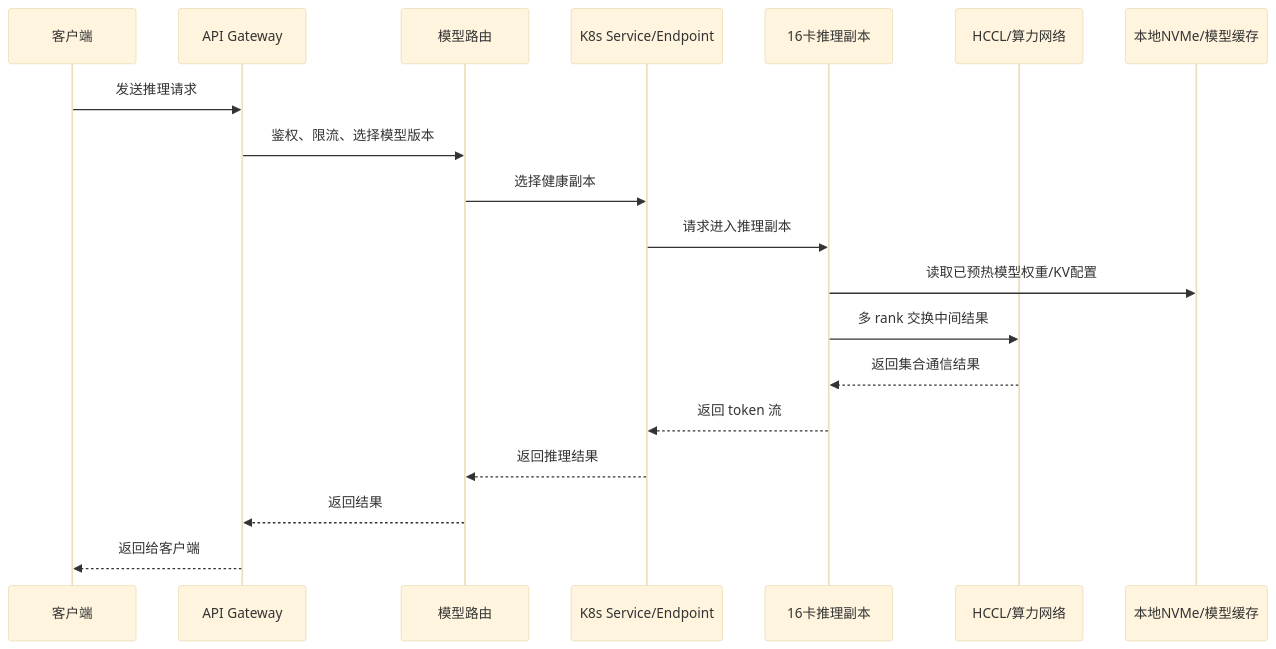
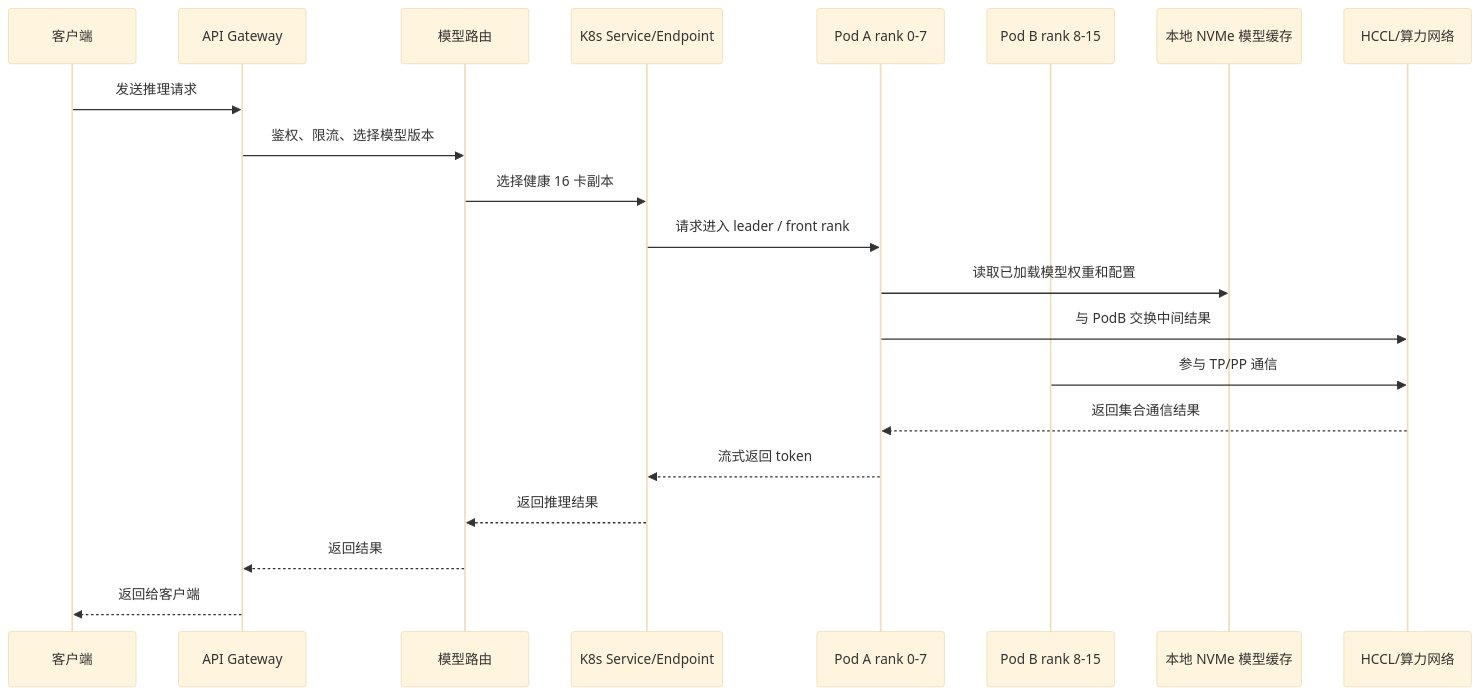
One commit to yimingren30/12306 changed the seventh of 7 diagrams in docs/ai-computing-center-network-fault-sharing.md. Above: the diagram before and after it, drawn with Mermaid (base theme). The commit also changed other lines of this file, not shown here.

````diff
--- a/docs/ai-computing-center-network-fault-sharing.md
+++ b/docs/ai-computing-center-network-fault-sharing.md
@@ -3723,22 +3409,24 @@
 ```mermaid
 sequenceDiagram
     participant Client as 客户端
     participant Gateway as API Gateway
     participant Router as 模型路由
     participant Service as K8s Service/Endpoint
-    participant Pod as 16卡推理副本
+    participant PodA as Pod A rank 0-7
+    participant PodB as Pod B rank 8-15
+    participant Cache as 本地 NVMe 模型缓存
     participant HCCL as HCCL/算力网络
-    participant Cache as 本地NVMe/模型缓存
 
     Client->>Gateway: 发送推理请求
     Gateway->>Router: 鉴权、限流、选择模型版本
-    Router->>Service: 选择健康副本
-    Service->>Pod: 请求进入推理副本
-    Pod->>Cache: 读取已预热模型权重/KV配置
-    Pod->>HCCL: 多 rank 交换中间结果
-    HCCL-->>Pod: 返回集合通信结果
-    Pod-->>Service: 返回 token 流
+    Router->>Service: 选择健康 16 卡副本
+    Service->>PodA: 请求进入 leader / front rank
+    PodA->>Cache: 读取已加载模型权重和配置
+    PodA->>HCCL: 与 PodB 交换中间结果
+    PodB->>HCCL: 参与 TP/PP 通信
+    HCCL-->>PodA: 返回集合通信结果
+    PodA-->>Service: 流式返回 token
     Service-->>Router: 返回推理结果
     Router-->>Gateway: 返回结果
     Gateway-->>Client: 返回给客户端
 ```
````
